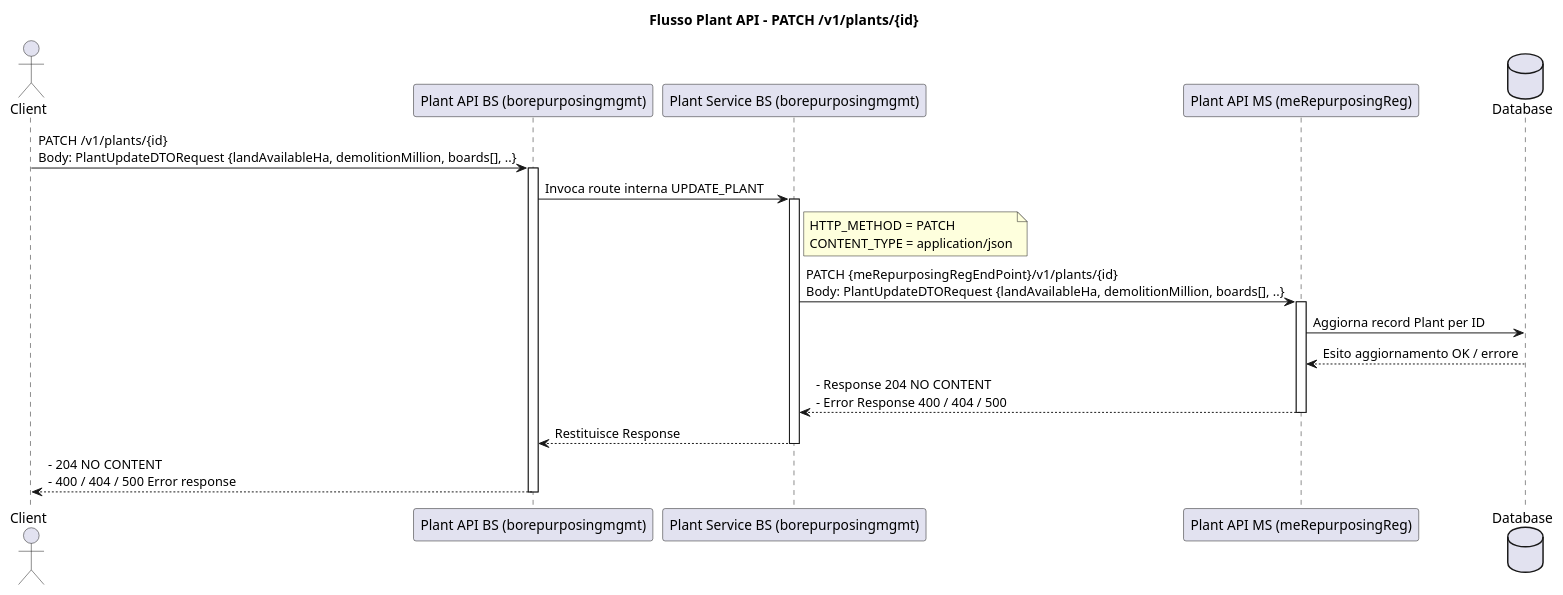
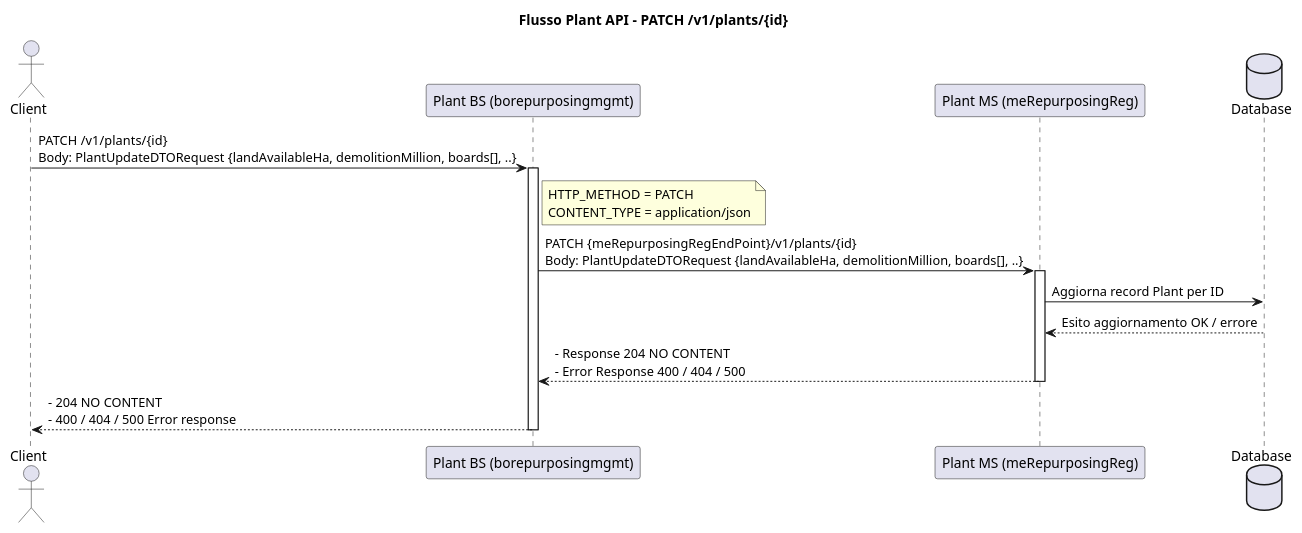
The diagram in Documentazione/Plant/snippets/patch_v1_plants_id.puml (Tonio-D-San/MdToOther), drawn with PlantUML before and after one commit. The commit also changed 10 other files, not shown here.

Commit message:
refactor: update documentation for Counterpart and Plant APIs to reflect microservice architecture changes

```diff
--- a/Documentazione/Plant/snippets/patch_v1_plants_id.puml
+++ b/Documentazione/Plant/snippets/patch_v1_plants_id.puml
@@ -1,35 +1,28 @@
 @startuml
 title Flusso Plant API - PATCH /v1/plants/{id}
 
 actor Client as C
-participant "Plant API BS (borepurposingmgmt)" as API_BS
-participant "Plant Service BS (borepurposingmgmt)" as Service_BS
-participant "Plant API MS (meRepurposingReg)" as API_MS
+participant "Plant BS (borepurposingmgmt)" as BS
+participant "Plant MS (meRepurposingReg)" as MS
 database "Database" as DB
 
-C -> API_BS : PATCH /v1/plants/{id}\nBody: PlantUpdateDTORequest {landAvailableHa, demolitionMillion, boards[], ..}
-activate API_BS
+C -> BS : PATCH /v1/plants/{id}\nBody: PlantUpdateDTORequest {landAvailableHa, demolitionMillion, boards[], ..}
+activate BS
 
-API_BS -> Service_BS : Invoca route interna UPDATE_PLANT
-activate Service_BS
-
-note right of Service_BS
+note right of BS
 HTTP_METHOD = PATCH
 CONTENT_TYPE = application/json
 end note
 
-Service_BS -> API_MS : PATCH {meRepurposingRegEndPoint}/v1/plants/{id}\nBody: PlantUpdateDTORequest {landAvailableHa, demolitionMillion, boards[], ..}
-activate API_MS
+BS -> MS : PATCH {meRepurposingRegEndPoint}/v1/plants/{id}\nBody: PlantUpdateDTORequest {landAvailableHa, demolitionMillion, boards[], ..}
+activate MS
 
-API_MS -> DB : Aggiorna record Plant per ID
-DB --> API_MS : Esito aggiornamento OK / errore
-API_MS --> Service_BS : - Response 204 NO CONTENT \n- Error Response 400 / 404 / 500
-deactivate API_MS
+MS -> DB : Aggiorna record Plant per ID
+DB --> MS : Esito aggiornamento OK / errore
+MS --> BS : - Response 204 NO CONTENT \n- Error Response 400 / 404 / 500
+deactivate MS
 
-Service_BS --> API_BS : Restituisce Response 
-deactivate Service_BS
-
-API_BS --> C : - 204 NO CONTENT \n- 400 / 404 / 500 Error response
-deactivate API_BS
+BS --> C : - 204 NO CONTENT \n- 400 / 404 / 500 Error response
+deactivate BS
 
 @enduml
```
